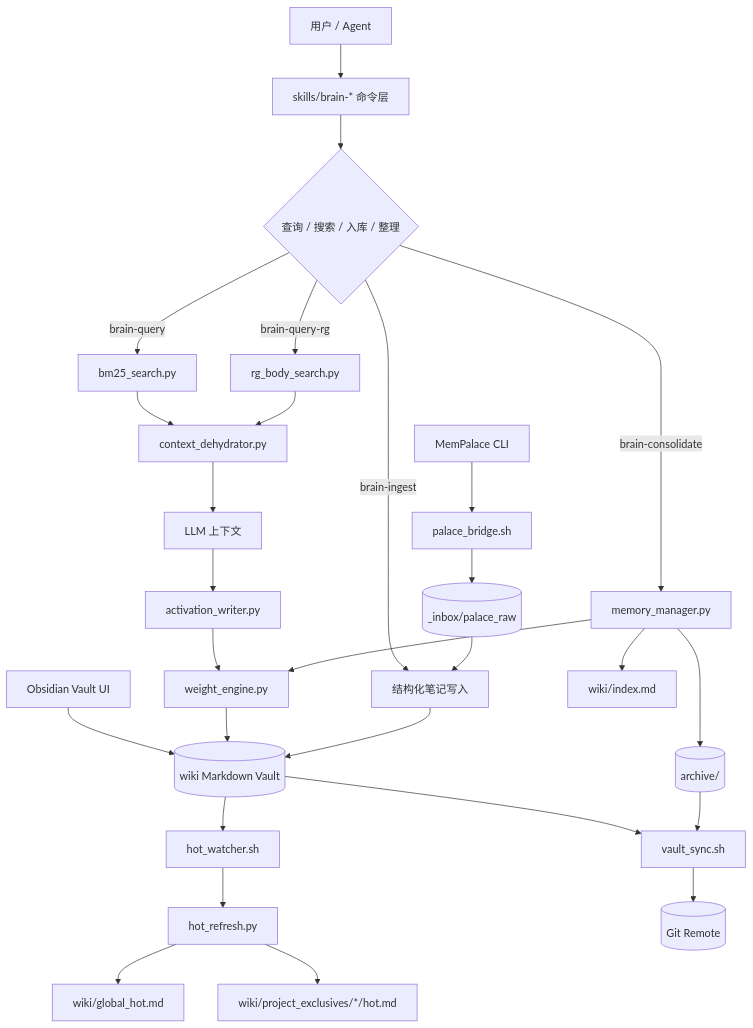
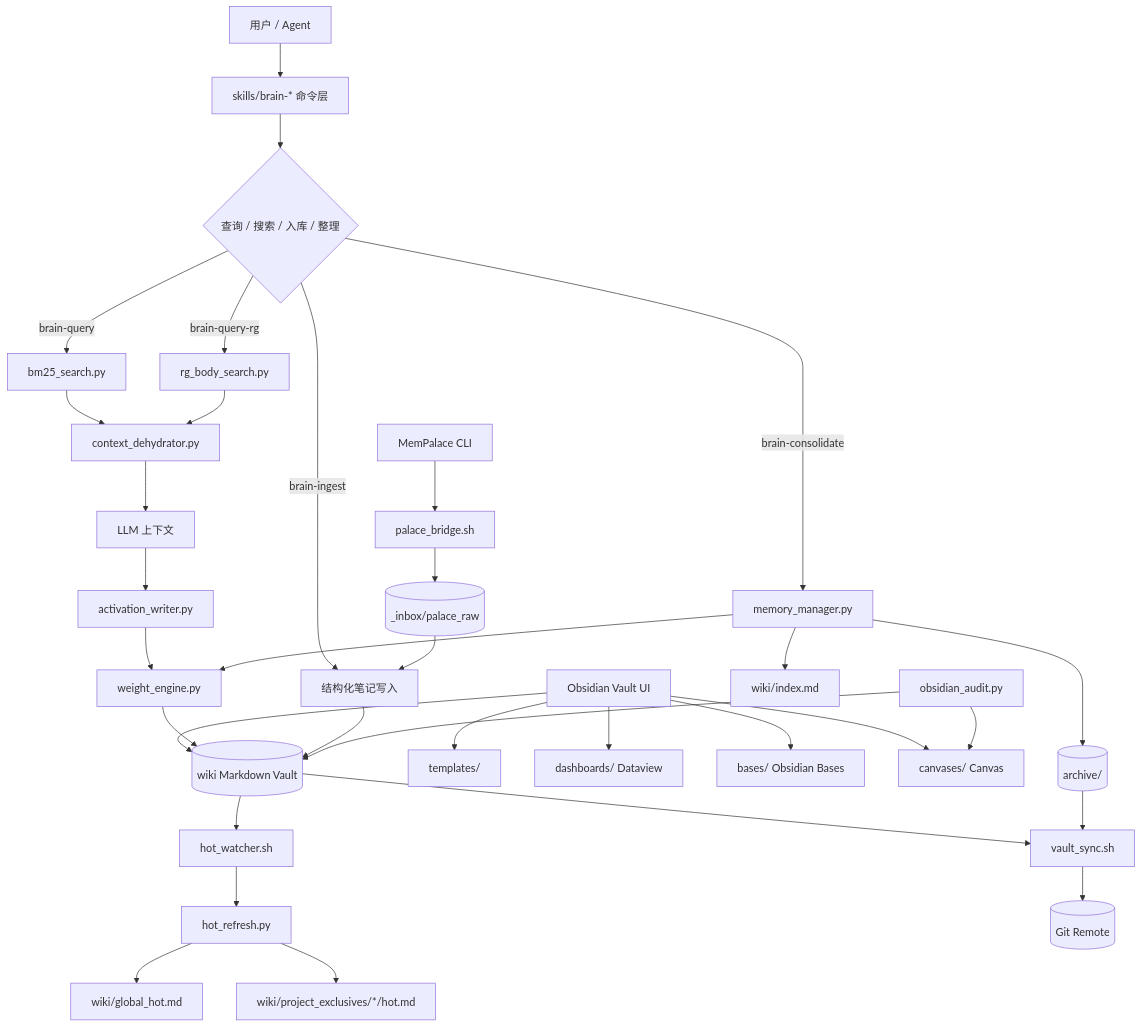
The first of 6 diagrams in docs/memory-repository-technical-solution.md (freezestanley/member), drawn with Mermaid before and after one commit. The commit also changed other lines of this file and 24 other files, not shown here.

````diff
--- a/docs/memory-repository-technical-solution.md
+++ b/docs/memory-repository-technical-solution.md
@@ -59,36 +65,43 @@
 ```mermaid
 flowchart TB
     User[用户 / Agent] --> Skills[skills/brain-* 命令层]
     Obsidian[Obsidian Vault UI] --> Wiki[(wiki Markdown Vault)]
+    Obsidian --> Templates[templates/]
+    Obsidian --> Dashboards[dashboards/ Dataview]
+    Obsidian --> Bases[bases/ Obsidian Bases]
+    Obsidian --> Canvases[canvases/ Canvas]
 
     Skills --> Query{查询 / 搜索 / 入库 / 整理}
     Query -->|brain-query| BM25[bm25_search.py]
     Query -->|brain-query-rg| RG[rg_body_search.py]
     Query -->|brain-ingest| Write[结构化笔记写入]
     Query -->|brain-consolidate| Manager[memory_manager.py]
 
     BM25 --> Dehydrator[context_dehydrator.py]
     RG --> Dehydrator
     Dehydrator --> LLMContext[LLM 上下文]
     LLMContext --> Activation[activation_writer.py]
     Activation --> Weight[weight_engine.py]
     Weight --> Wiki
 
     Write --> Wiki
     Manager --> Weight
     Manager --> Archive[(archive/)]
     Manager --> Index[wiki/index.md]
 
     Wiki --> Watcher[hot_watcher.sh]
     Watcher --> HotRefresh[hot_refresh.py]
     HotRefresh --> GlobalHot[wiki/global_hot.md]
     HotRefresh --> ProjectHot[wiki/project_exclusives/*/hot.md]
 
+    Audit[obsidian_audit.py] --> Wiki
+    Audit --> Canvases
+
     Palace[MemPalace CLI] --> PalaceBridge[palace_bridge.sh]
     PalaceBridge --> Inbox[(_inbox/palace_raw)]
     Inbox --> Write
 
     Wiki --> Sync[vault_sync.sh]
     Archive --> Sync
     Sync --> Git[(Git Remote)]
 ```
````
